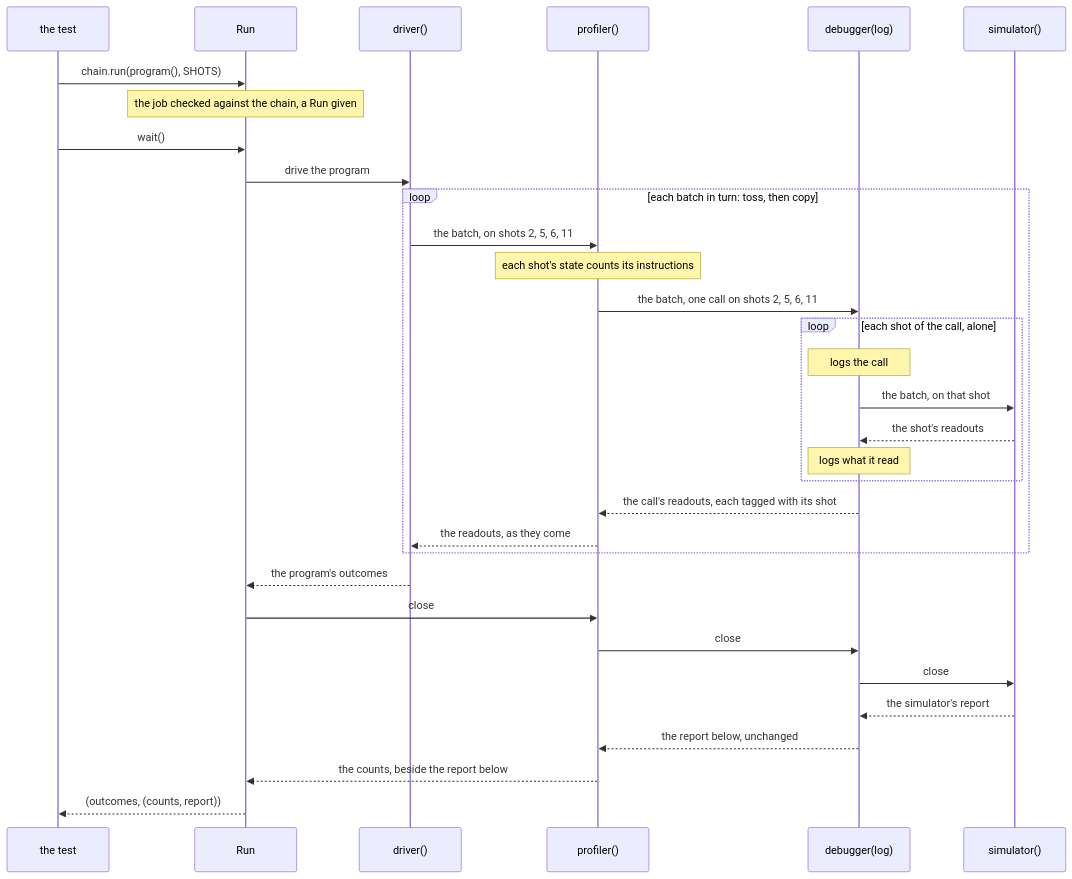
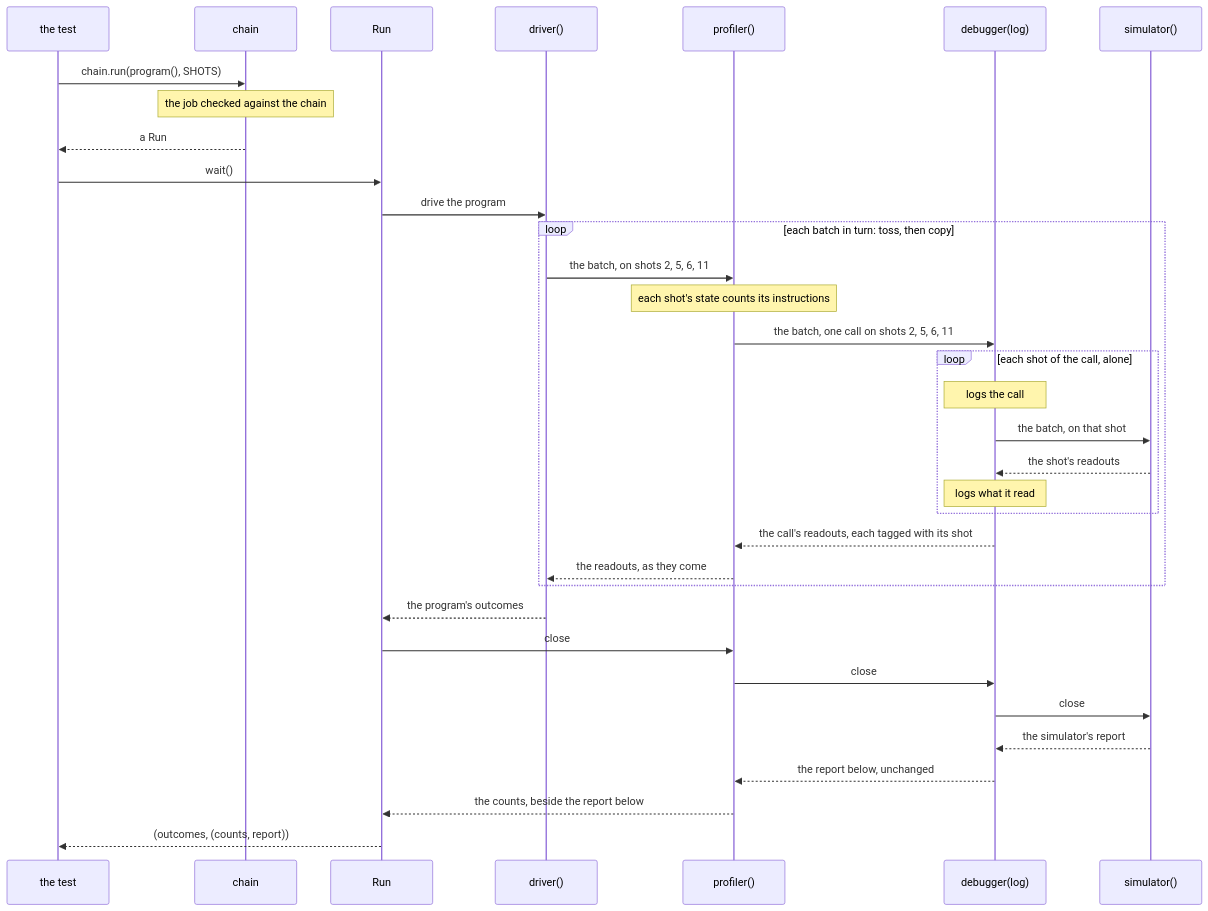
Before and after one commit to microsoft/qdk: the second of 2 diagrams in source/executor_protocol/README.md, drawn with Mermaid. The commit also changed other lines of this file and 10 other files, not shown here.

````diff
--- a/source/executor_protocol/README.md
+++ b/source/executor_protocol/README.md
@@ -219,34 +219,36 @@
 ```mermaid
 sequenceDiagram
   participant T as the test
+  participant C as chain
   participant R as Run
   participant I as driver()
   participant P as profiler()
   participant D as debugger(log)
   participant S as simulator()
-  T->>R: chain.run(program(), SHOTS)
-  Note over R: the job checked against the chain, a Run given
+  T->>C: chain.run(program(), SHOTS)
+  Note over C: the job checked against the chain
+  C-->>T: a Run
   T->>R: wait()
   R->>I: drive the program
   loop each batch in turn: toss, then copy
     I->>P: the batch, on shots 2, 5, 6, 11
     Note over P: each shot's state counts its instructions
     P->>D: the batch, one call on shots 2, 5, 6, 11
     loop each shot of the call, alone
       Note over D: logs the call
       D->>S: the batch, on that shot
       S-->>D: the shot's readouts
       Note over D: logs what it read
     end
     D-->>P: the call's readouts, each tagged with its shot
     P-->>I: the readouts, as they come
   end
   I-->>R: the program's outcomes
   R->>P: close
   P->>D: close
   D->>S: close
   S-->>D: the simulator's report
   D-->>P: the report below, unchanged
   P-->>R: the counts, beside the report below
   R-->>T: (outcomes, (counts, report))
 ```
````
